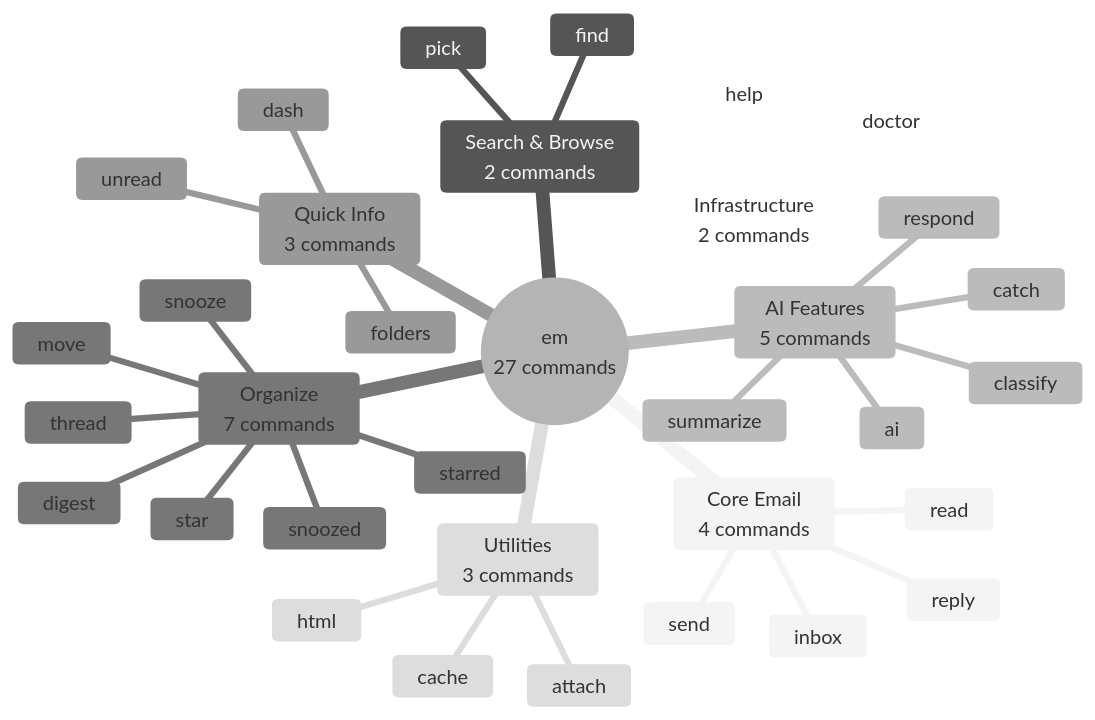
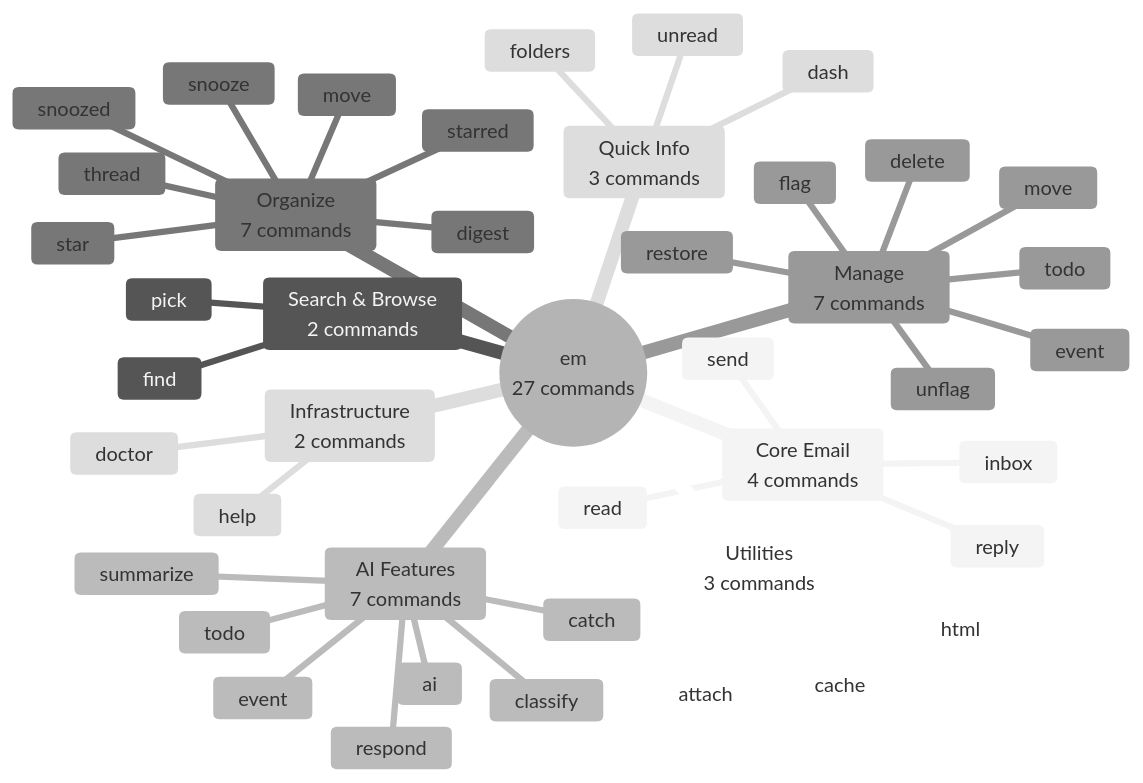
The first of 2 diagrams in docs/reference/REFCARD-EMAIL-DISPATCHER.md (Data-Wise/flow-cli), drawn with Mermaid (neutral theme) before and after one commit. The commit also changed other lines of this file and 29 other files, not shown here.

First line of the commit message:
feat: em delete, move, restore, flag, todo, event + 10 tutorials (#403)

````diff
--- a/docs/reference/REFCARD-EMAIL-DISPATCHER.md
+++ b/docs/reference/REFCARD-EMAIL-DISPATCHER.md
@@ -13,37 +13,47 @@
 ```mermaid
 mindmap
   root((em<br/>27 commands))
     Core Email<br/>4 commands
       inbox
       read
       send
       reply
     Search & Browse<br/>2 commands
       find
       pick
-    AI Features<br/>5 commands
+    AI Features<br/>7 commands
       respond
       classify
       summarize
       ai
       catch
+      todo
+      event
     Organize<br/>7 commands
       star
       starred
       move
       thread
       snooze
       snoozed
       digest
+    Manage<br/>7 commands
+      delete
+      move
+      restore
+      flag
+      unflag
+      todo
+      event
     Quick Info<br/>3 commands
       unread
       dash
       folders
     Utilities<br/>3 commands
       attach
       html
       cache
     Infrastructure<br/>2 commands
       doctor
       help
 ```
````
